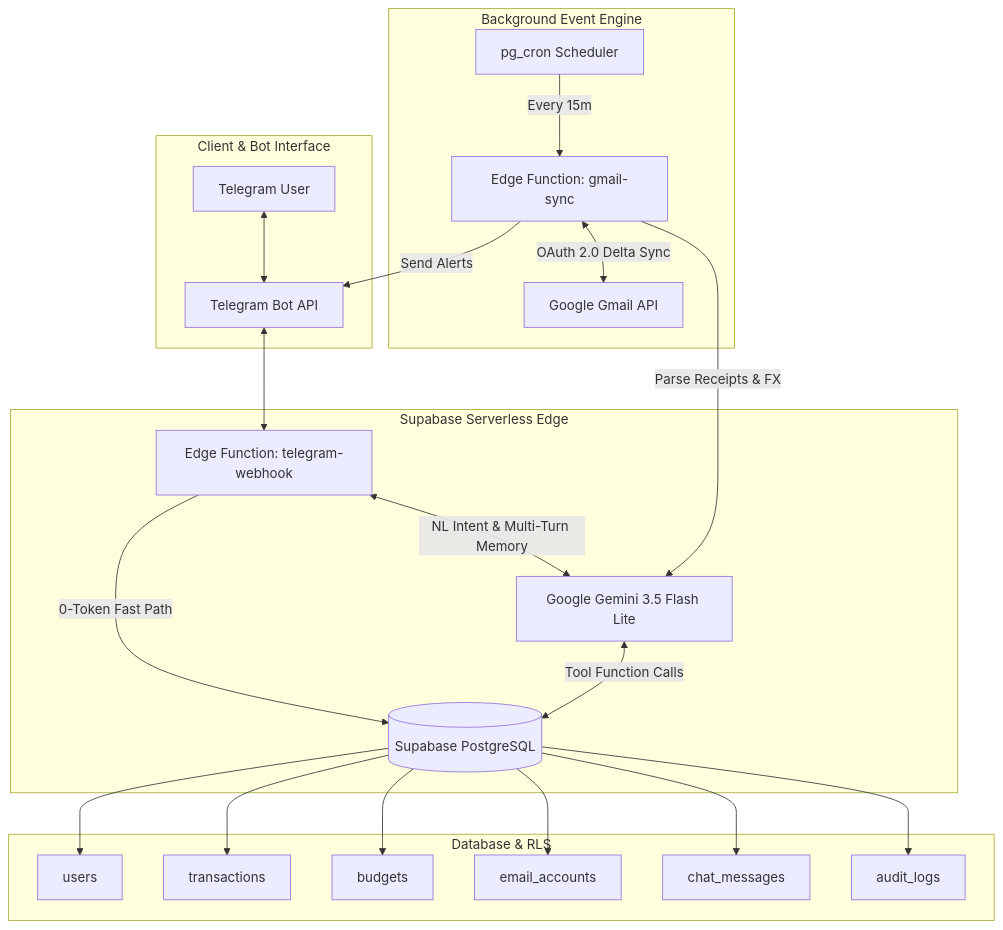
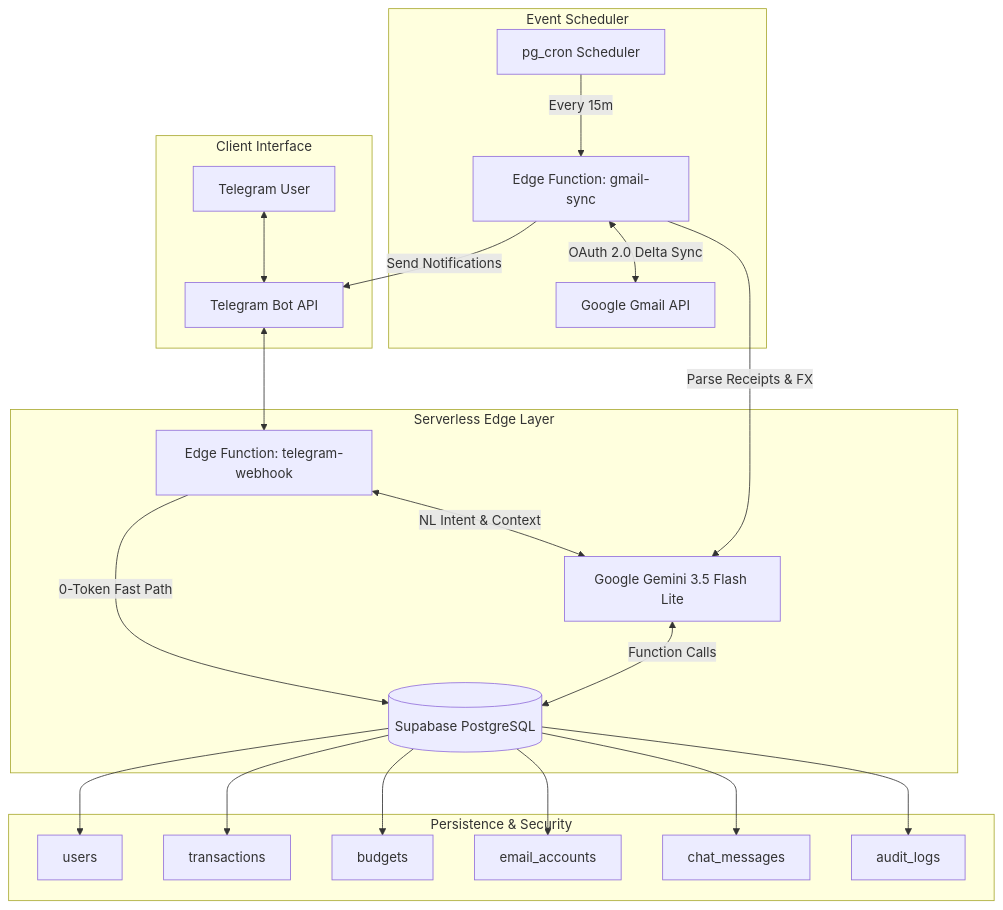
The diagram in README.md (naufalyukafi/nopal-ai-agent), drawn with Mermaid before and after one commit. The commit also changed other lines of this file, not shown here.

````diff
--- a/README.md
+++ b/README.md
@@ -84,29 +72,29 @@
 ```mermaid
 graph TD
-    subgraph Client [Client & Bot Interface]
+    subgraph Client [Client Interface]
         User[Telegram User] <--> TG[Telegram Bot API]
     end
 
-    subgraph Edge [Supabase Serverless Edge]
+    subgraph Edge [Serverless Edge Layer]
         TG <--> EF1[Edge Function: telegram-webhook]
         EF1 -->|0-Token Fast Path| DB[(Supabase PostgreSQL)]
-        EF1 <-->|NL Intent & Multi-Turn Memory| LLM[Google Gemini 3.5 Flash Lite]
-        LLM <-->|Tool Function Calls| DB
+        EF1 <-->|NL Intent & Context| LLM[Google Gemini 3.5 Flash Lite]
+        LLM <-->|Function Calls| DB
     end
 
-    subgraph Background [Background Event Engine]
+    subgraph Background [Event Scheduler]
         Cron[pg_cron Scheduler] -->|Every 15m| EF2[Edge Function: gmail-sync]
         EF2 <-->|OAuth 2.0 Delta Sync| Gmail[Google Gmail API]
         EF2 -->|Parse Receipts & FX| LLM
-        EF2 -->|Send Alerts| TG
+        EF2 -->|Send Notifications| TG
     end
 
-    subgraph Storage [Database & RLS]
+    subgraph Storage [Persistence & Security]
         DB --> Users[users]
         DB --> Txs[transactions]
         DB --> Budgets[budgets]
         DB --> Accounts[email_accounts]
         DB --> ChatMsgs[chat_messages]
         DB --> AuditLogs[audit_logs]
     end
 ```
````
